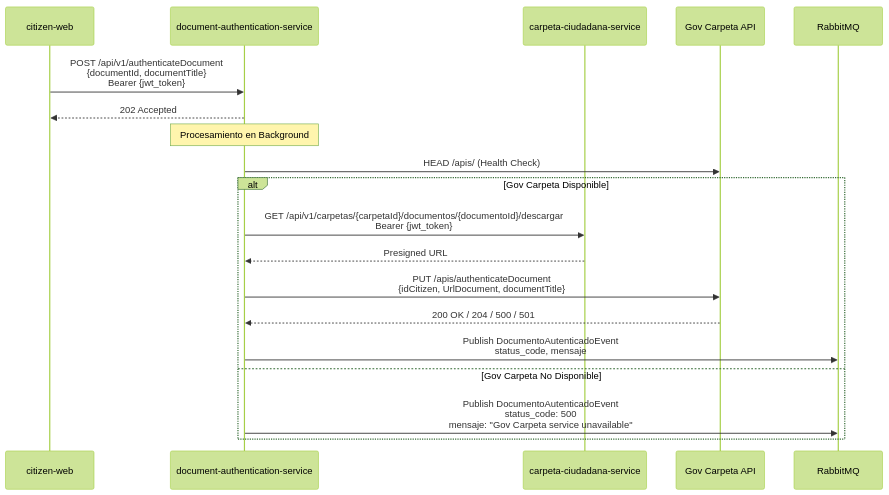
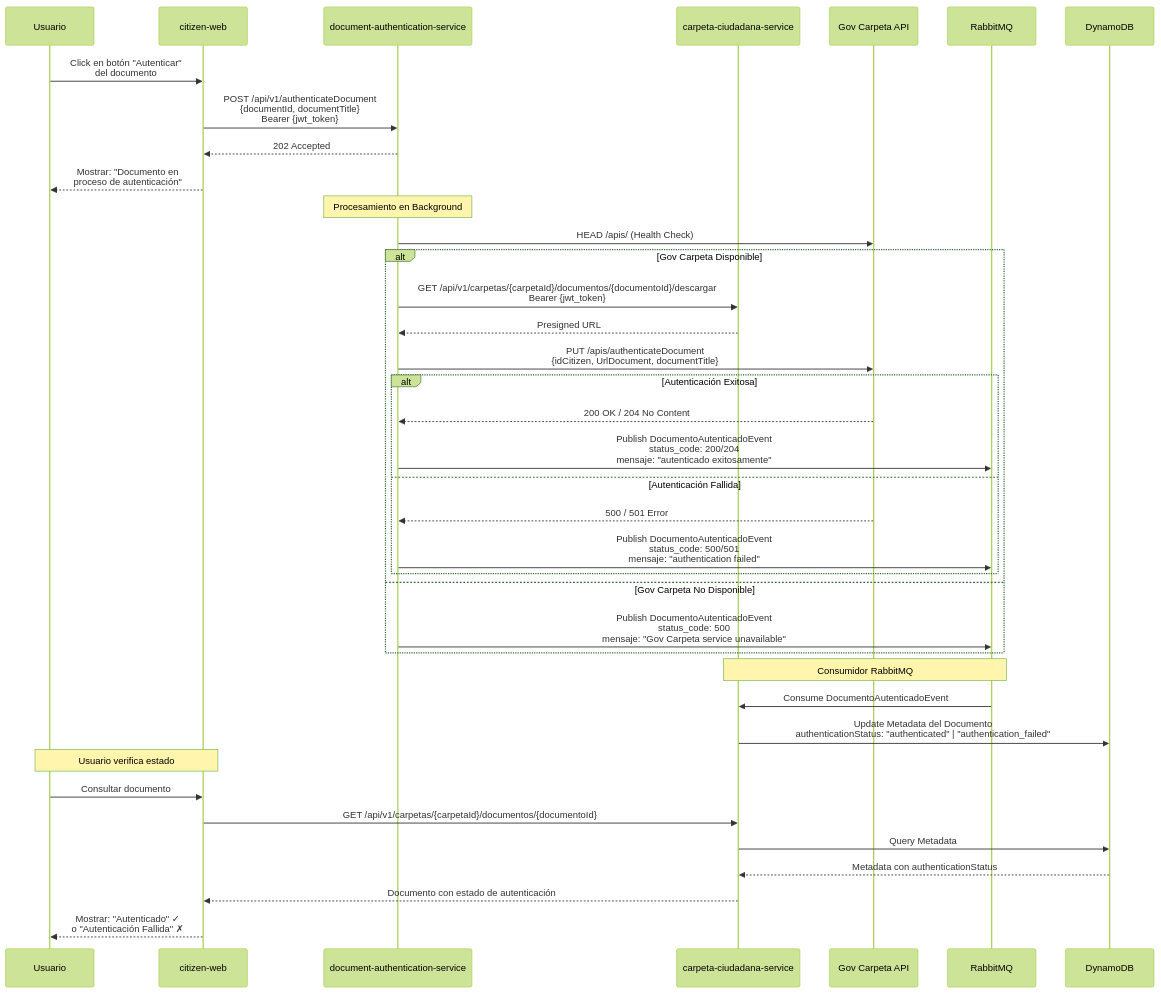
One commit to edwaraco/carpetaCiudadana changed the diagram in docs/ADR/0008-document-authentication-service-python-fastapi.md. Above: the diagram before and after it, drawn with Mermaid (forest theme). The commit also changed other lines of this file and 1 other file, not shown here.

Commit message:
docs/update-docs-delivery-2 (#35)
* Enhance authentication service documentation with system components and flow details

* Add comprehensive Kubernetes deployment architecture diagram (#36)

* Initial plan

* Add complete deployment diagram for Carpeta Ciudadana architecture

---------

* Enhance documentation for document authentication service and update deployment diagram with new service connections

* Refactor deployment diagram to clarify local architecture and enhance service descriptions

* Update deployment diagram to enhance service availability details and scaling options

---------

````diff
--- a/docs/ADR/0008-document-authentication-service-python-fastapi.md
+++ b/docs/ADR/0008-document-authentication-service-python-fastapi.md
@@ -128,27 +143,50 @@
 ```mermaid
 sequenceDiagram
+    participant U as Usuario
     participant CW as citizen-web
     participant DAS as document-authentication-service
     participant CCS as carpeta-ciudadana-service
     participant GC as Gov Carpeta API
     participant RMQ as RabbitMQ
+    participant DB as DynamoDB
 
+    U->>CW: Click en botón "Autenticar"<br/>del documento
     CW->>DAS: POST /api/v1/authenticateDocument<br/>{documentId, documentTitle}<br/>Bearer {jwt_token}
     DAS-->>CW: 202 Accepted
+    CW-->>U: Mostrar: "Documento en<br/>proceso de autenticación"
     
     Note over DAS: Procesamiento en Background
     
     DAS->>GC: HEAD /apis/ (Health Check)
     
     alt Gov Carpeta Disponible
         DAS->>CCS: GET /api/v1/carpetas/{carpetaId}/documentos/{documentoId}/descargar<br/>Bearer {jwt_token}
         CCS-->>DAS: Presigned URL
         
         DAS->>GC: PUT /apis/authenticateDocument<br/>{idCitizen, UrlDocument, documentTitle}
-        GC-->>DAS: 200 OK / 204 / 500 / 501
         
-        DAS->>RMQ: Publish DocumentoAutenticadoEvent<br/>status_code, mensaje
+        alt Autenticación Exitosa
+            GC-->>DAS: 200 OK / 204 No Content
+            DAS->>RMQ: Publish DocumentoAutenticadoEvent<br/>status_code: 200/204<br/>mensaje: "autenticado exitosamente"
+        else Autenticación Fallida
+            GC-->>DAS: 500 / 501 Error
+            DAS->>RMQ: Publish DocumentoAutenticadoEvent<br/>status_code: 500/501<br/>mensaje: "authentication failed"
+        end
     else Gov Carpeta No Disponible
         DAS->>RMQ: Publish DocumentoAutenticadoEvent<br/>status_code: 500<br/>mensaje: "Gov Carpeta service unavailable"
     end
+    
+    Note over CCS,RMQ: Consumidor RabbitMQ
+    
+    RMQ->>CCS: Consume DocumentoAutenticadoEvent
+    CCS->>DB: Update Metadata del Documento<br/>authenticationStatus: "authenticated" | "authentication_failed"
+    
+    Note over U,CW: Usuario verifica estado
+    
+    U->>CW: Consultar documento
+    CW->>CCS: GET /api/v1/carpetas/{carpetaId}/documentos/{documentoId}
+    CCS->>DB: Query Metadata
+    DB-->>CCS: Metadata con authenticationStatus
+    CCS-->>CW: Documento con estado de autenticación
+    CW-->>U: Mostrar: "Autenticado" ✓<br/>o "Autenticación Fallida" ✗
 ```
````
